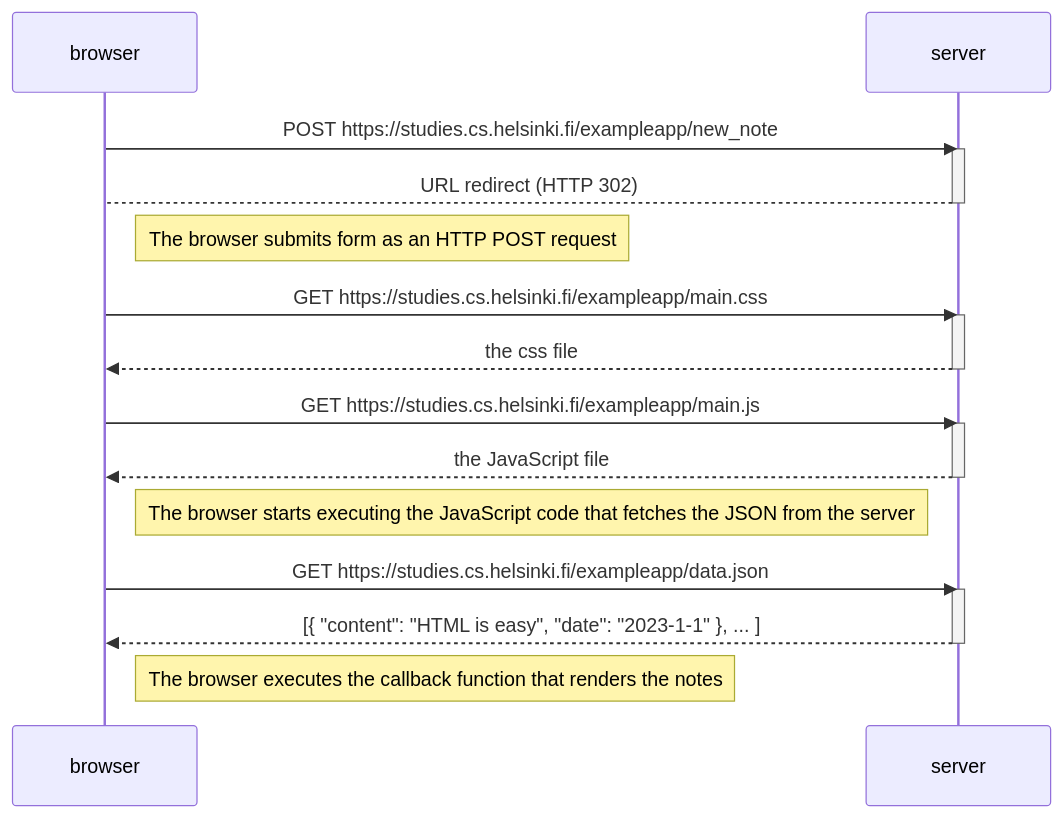
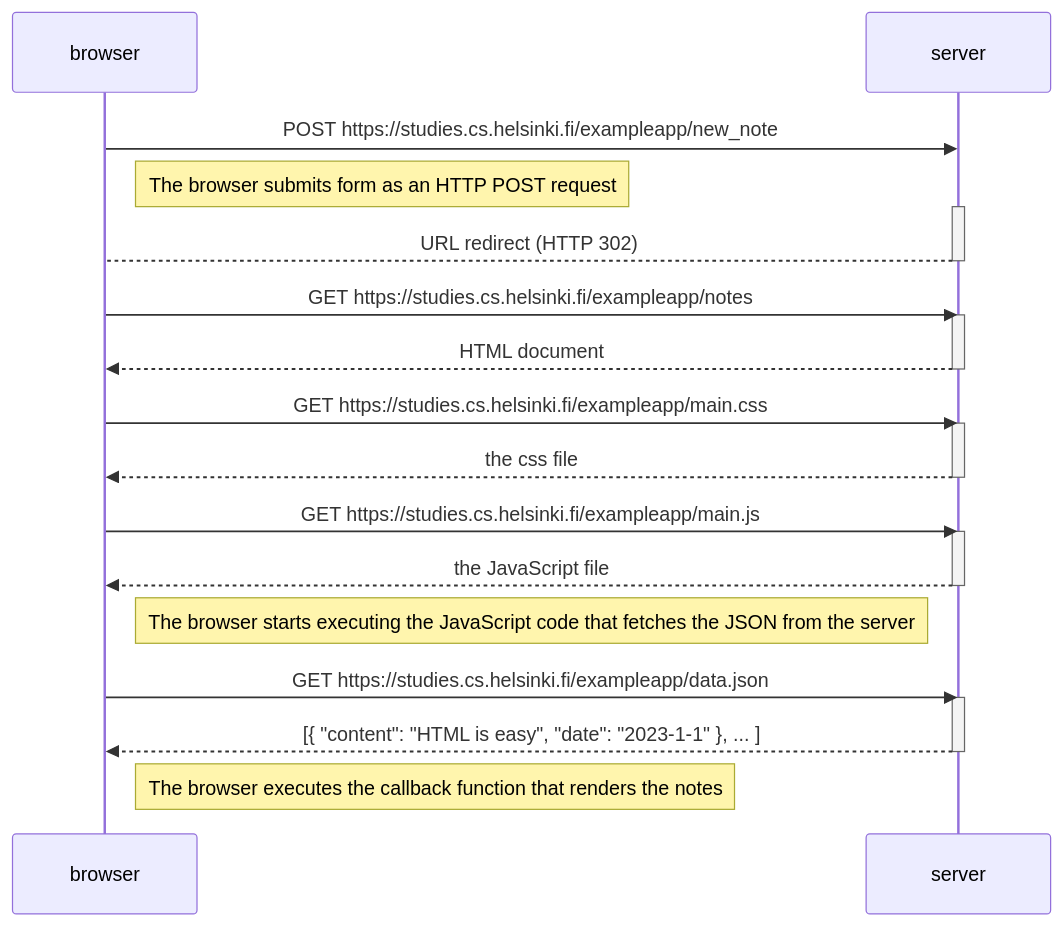
Before and after one commit to leftidev/fullstack-open-mooc: the diagram in part0/0.4-diagram.md, drawn with Mermaid.

````diff
--- a/part0/0.4-diagram.md
+++ b/part0/0.4-diagram.md
@@ -1,32 +1,38 @@
 ```mermaid
 sequenceDiagram
     participant browser
     participant server
 
     browser->>server: POST https://studies.cs.helsinki.fi/exampleapp/new_note
+
+    Note right of browser: The browser submits form as an HTTP POST request
+
     activate server
     server-->browser: URL redirect (HTTP 302)
     deactivate server
 
-    Note right of browser: The browser submits form as an HTTP POST request 
+    browser->>server: GET https://studies.cs.helsinki.fi/exampleapp/notes
+    activate server
+    server-->>browser: HTML document
+    deactivate server
 
     browser->>server: GET https://studies.cs.helsinki.fi/exampleapp/main.css
     activate server
     server-->>browser: the css file
     deactivate server
 
     browser->>server: GET https://studies.cs.helsinki.fi/exampleapp/main.js
     activate server
     server-->>browser: the JavaScript file
     deactivate server
 
     Note right of browser: The browser starts executing the JavaScript code that fetches the JSON from the server
 
     browser->>server: GET https://studies.cs.helsinki.fi/exampleapp/data.json
     activate server
     server-->>browser: [{ "content": "HTML is easy", "date": "2023-1-1" }, ... ]
     deactivate server
 
     Note right of browser: The browser executes the callback function that renders the notes
 
 ```
````
